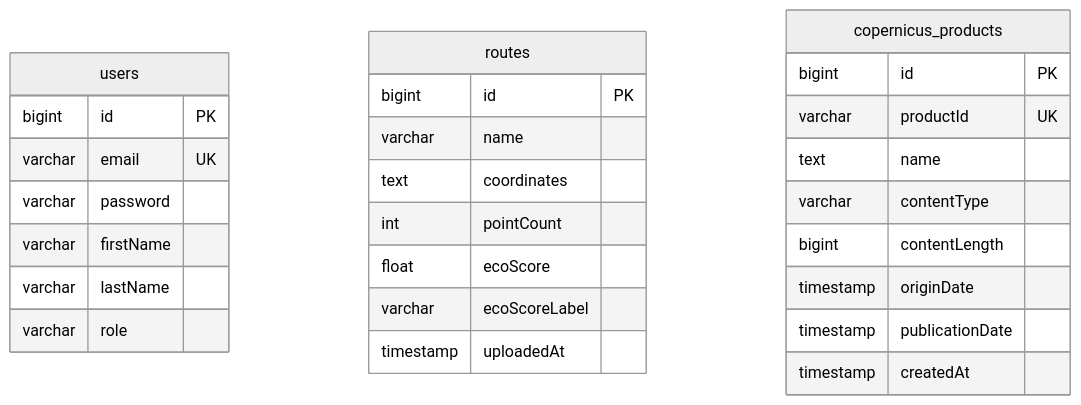
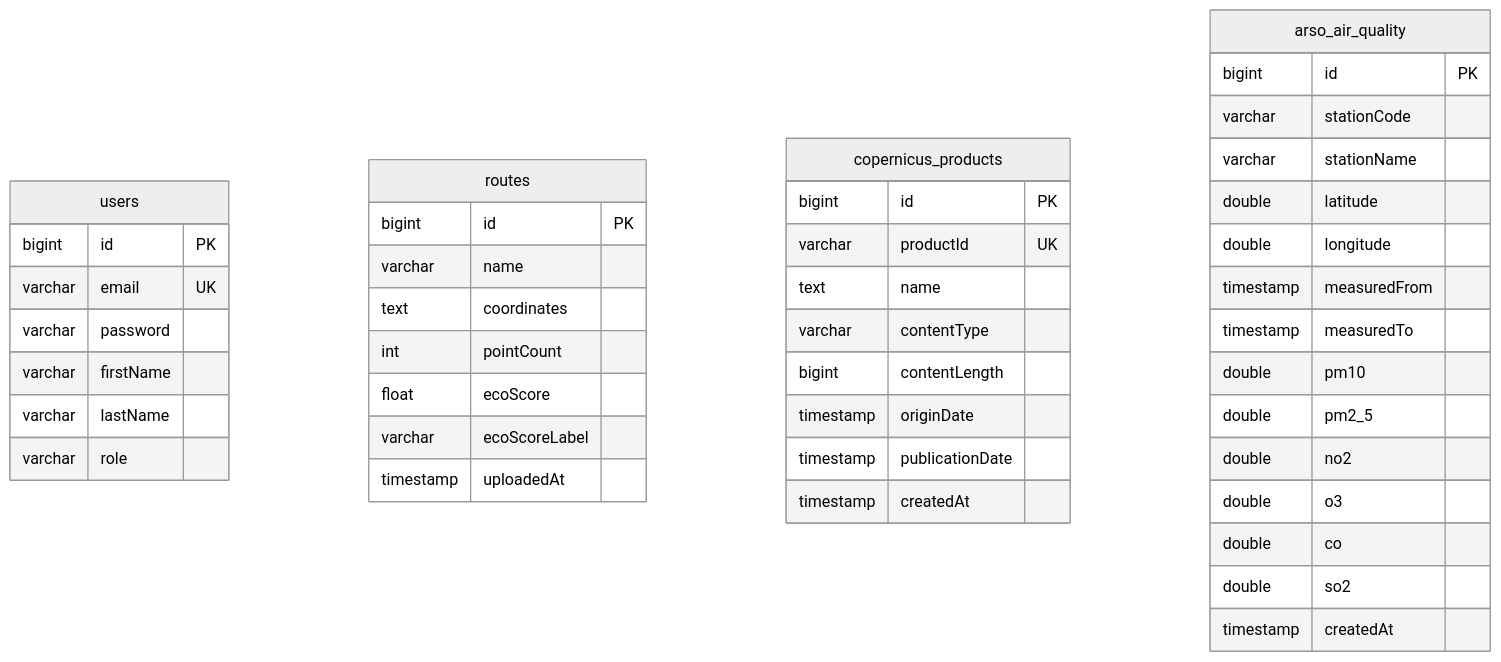
One commit to Lupet007/ecoflow changed the third of 10 diagrams in README.md. Above: the diagram before and after it, drawn with Mermaid (neutral theme). The commit also changed other lines of this file, not shown here.

````diff
--- a/README.md
+++ b/README.md
@@ -189,32 +245,49 @@
 ```mermaid
 erDiagram
     users {
         bigint id PK
         varchar email UK
         varchar password
         varchar firstName
         varchar lastName
         varchar role
     }
 
     routes {
         bigint id PK
         varchar name
         text coordinates
         int pointCount
         float ecoScore
         varchar ecoScoreLabel
         timestamp uploadedAt
     }
 
     copernicus_products {
         bigint id PK
         varchar productId UK
         text name
         varchar contentType
         bigint contentLength
         timestamp originDate
         timestamp publicationDate
         timestamp createdAt
     }
+
+    arso_air_quality {
+        bigint id PK
+        varchar stationCode
+        varchar stationName
+        double latitude
+        double longitude
+        timestamp measuredFrom
+        timestamp measuredTo
+        double pm10
+        double pm2_5
+        double no2
+        double o3
+        double co
+        double so2
+        timestamp createdAt
+    }
 ```
````
